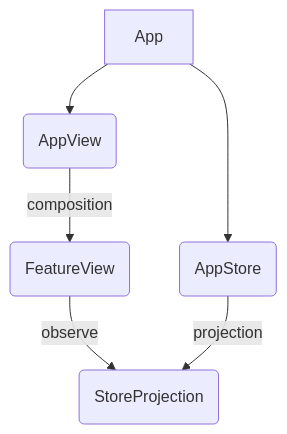
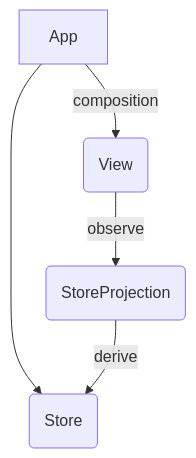
Before and after one commit to stephtelolahy/WildWestOnline: the fifth of 6 diagrams in README.md, drawn with Mermaid. The commit also changed other lines of this file and 35 other files, not shown here.

````diff
--- a/README.md
+++ b/README.md
@@ -123,8 +108,7 @@
 ```mermaid
 flowchart TD
-APP[App] --> APPSTORE(AppStore)
-APP -->  APPVIEW(AppView)
-APPVIEW --> |composition| VIEW(FeatureView)
+APP[App] --> APPSTORE(Store)
+APP --> |composition| VIEW(View)
 VIEW --> |observe| STOREPROJECTION(StoreProjection)
-APPSTORE --> |projection| STOREPROJECTION
+STOREPROJECTION --> |derive| APPSTORE
 ```
````
